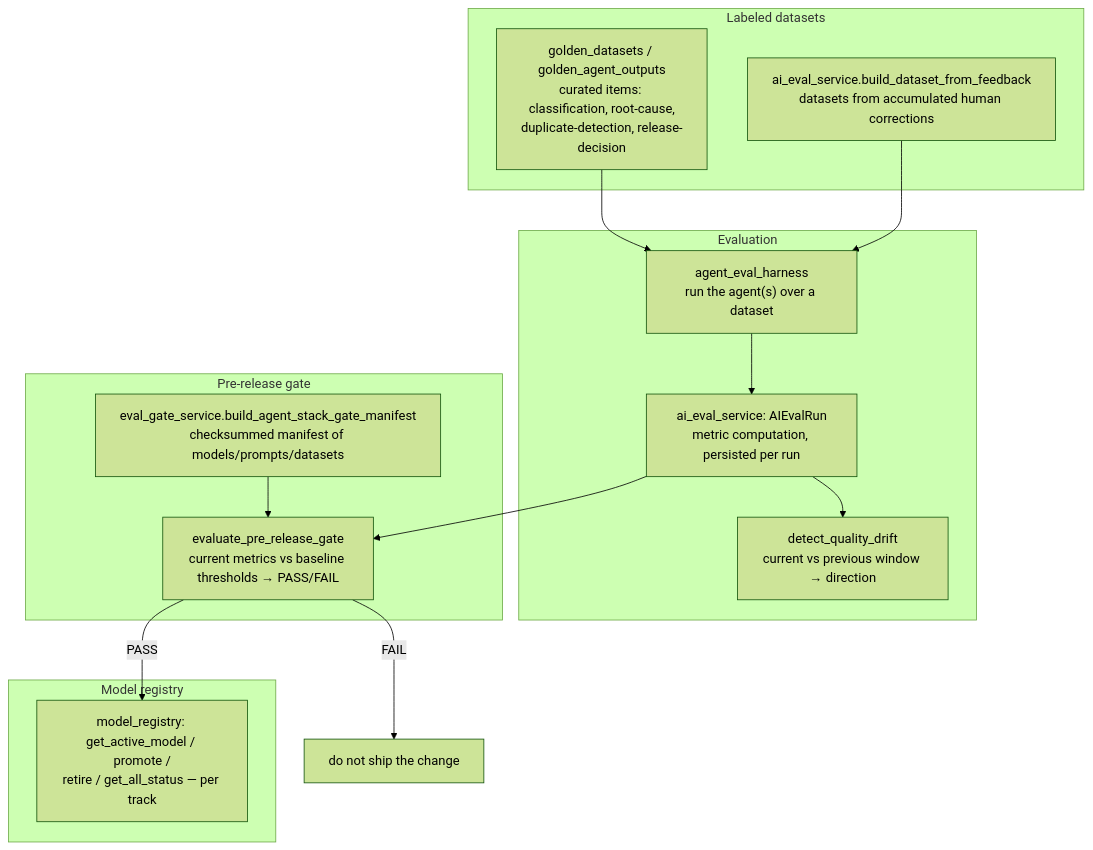
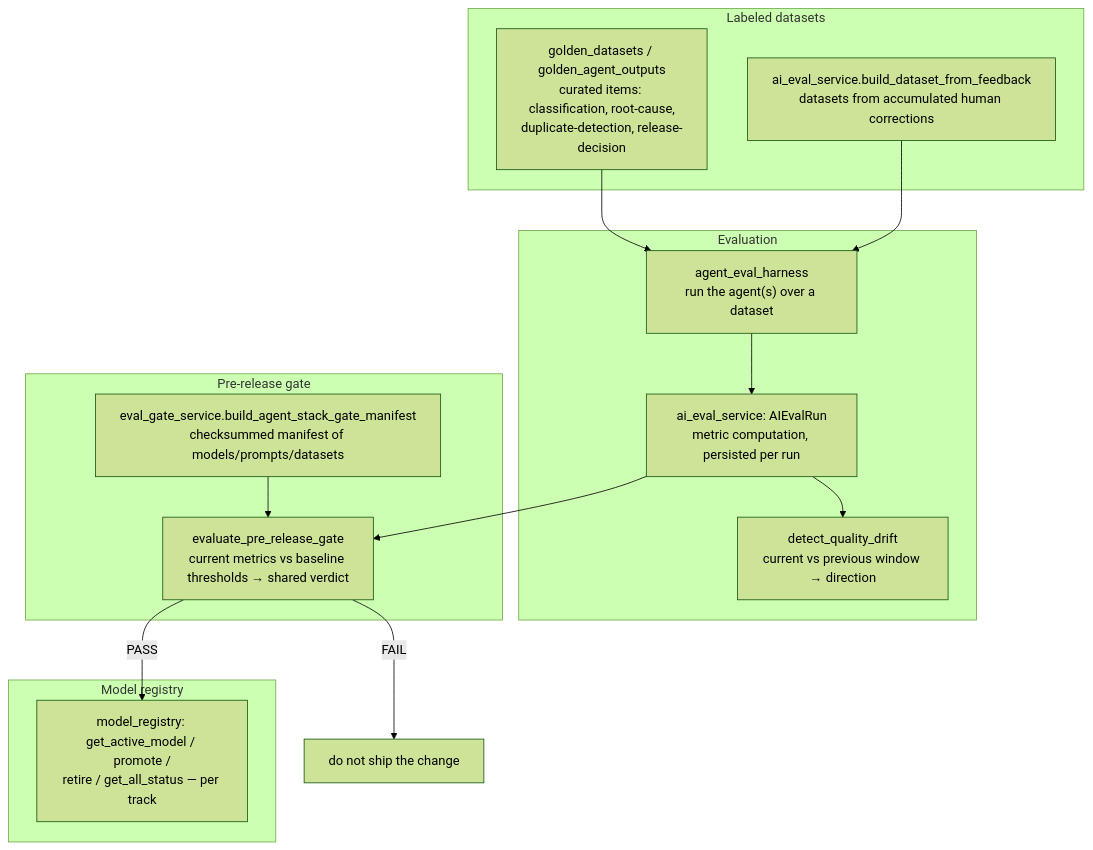
The diagram in architecture/AI_EVALUATION.md (test-intelligence/testlookup), drawn with Mermaid (forest theme) before and after one commit. The commit also changed other lines of this file and 21 other files, not shown here.

````diff
--- a/architecture/AI_EVALUATION.md
+++ b/architecture/AI_EVALUATION.md
@@ -16,30 +16,30 @@
 ```mermaid
 flowchart TB
     subgraph Datasets["Labeled datasets"]
         GOLD["golden_datasets / golden_agent_outputs<br/>curated items: classification, root-cause,<br/>duplicate-detection, release-decision"]
         FB["ai_eval_service.build_dataset_from_feedback<br/>datasets from accumulated human corrections"]
     end
 
     subgraph Eval["Evaluation"]
         HARNESS["agent_eval_harness<br/>run the agent(s) over a dataset"]
         RUN["ai_eval_service: AIEvalRun<br/>metric computation, persisted per run"]
         DRIFT["detect_quality_drift<br/>current vs previous window → direction"]
     end
 
     subgraph Gate["Pre-release gate"]
         GATEMAN["eval_gate_service.build_agent_stack_gate_manifest<br/>checksummed manifest of models/prompts/datasets"]
-        GATEEVAL["evaluate_pre_release_gate<br/>current metrics vs baseline thresholds → PASS/FAIL"]
+        GATEEVAL["evaluate_pre_release_gate<br/>current metrics vs baseline thresholds → shared verdict"]
     end
 
     subgraph Registry["Model registry"]
         REG["model_registry: get_active_model / promote /<br/>retire / get_all_status — per track"]
     end
 
     GOLD --> HARNESS
     FB --> HARNESS
     HARNESS --> RUN --> DRIFT
     RUN --> GATEEVAL
     GATEMAN --> GATEEVAL
     GATEEVAL -->|PASS| REG
     GATEEVAL -->|FAIL| BLOCK["do not ship the change"]
 ```
````
